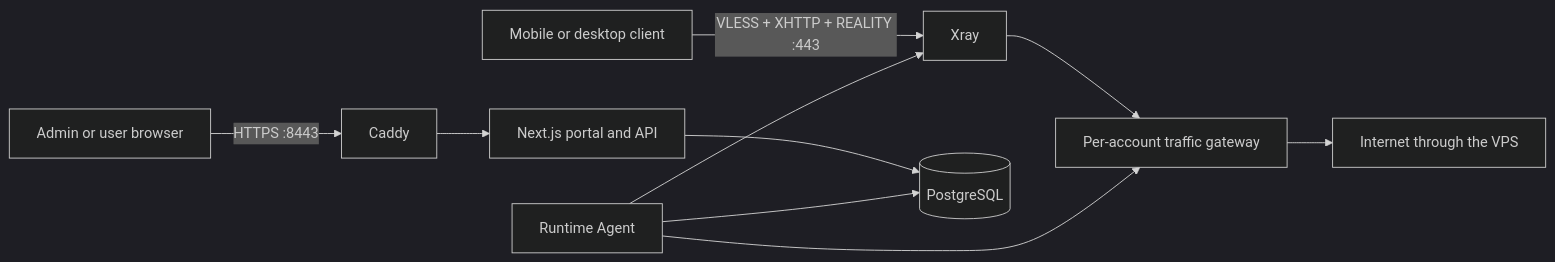
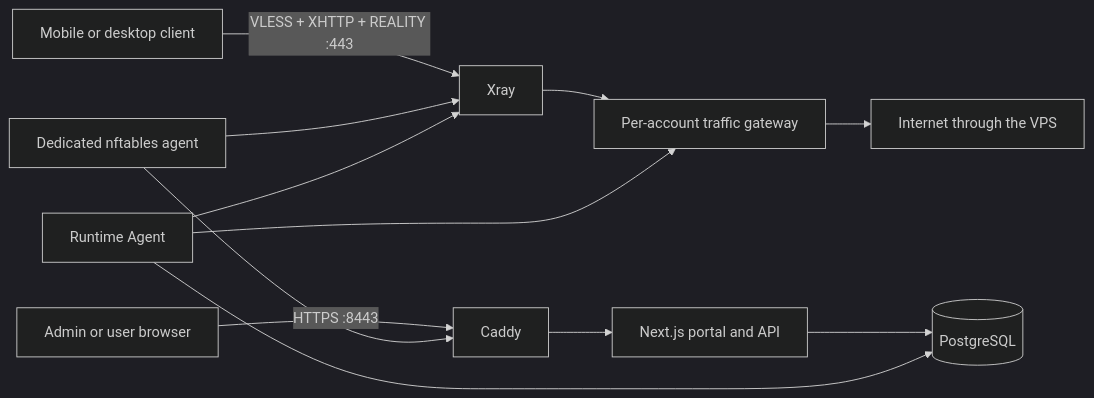
Before and after one commit to drslid/NoxRouteNeo: the diagram in README.md, drawn with Mermaid (dark theme). The commit also changed other lines of this file and 42 other files, not shown here.

````diff
--- a/README.md
+++ b/README.md
@@ -81,12 +87,14 @@
 ```mermaid
 flowchart LR
   Phone[Mobile or desktop client] -->|VLESS + XHTTP + REALITY :443| Xray
   Browser[Admin or user browser] -->|HTTPS :8443| Caddy
   Caddy --> Web[Next.js portal and API]
   Web --> DB[(PostgreSQL)]
   Xray --> Gateway[Per-account traffic gateway]
   Gateway --> Internet[Internet through the VPS]
+  Firewall[Dedicated nftables agent] --> Xray
+  Firewall --> Caddy
   Runtime[Runtime Agent] --> Xray
   Runtime --> DB
   Runtime --> Gateway
 ```
````
